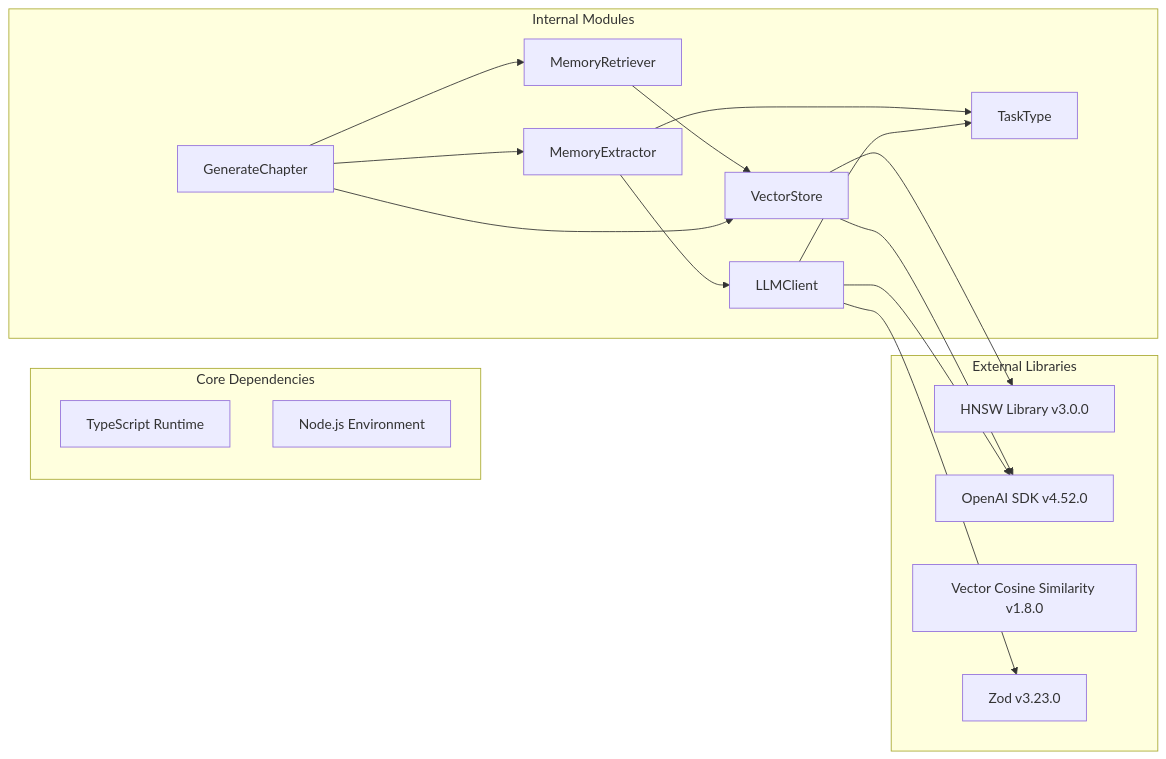
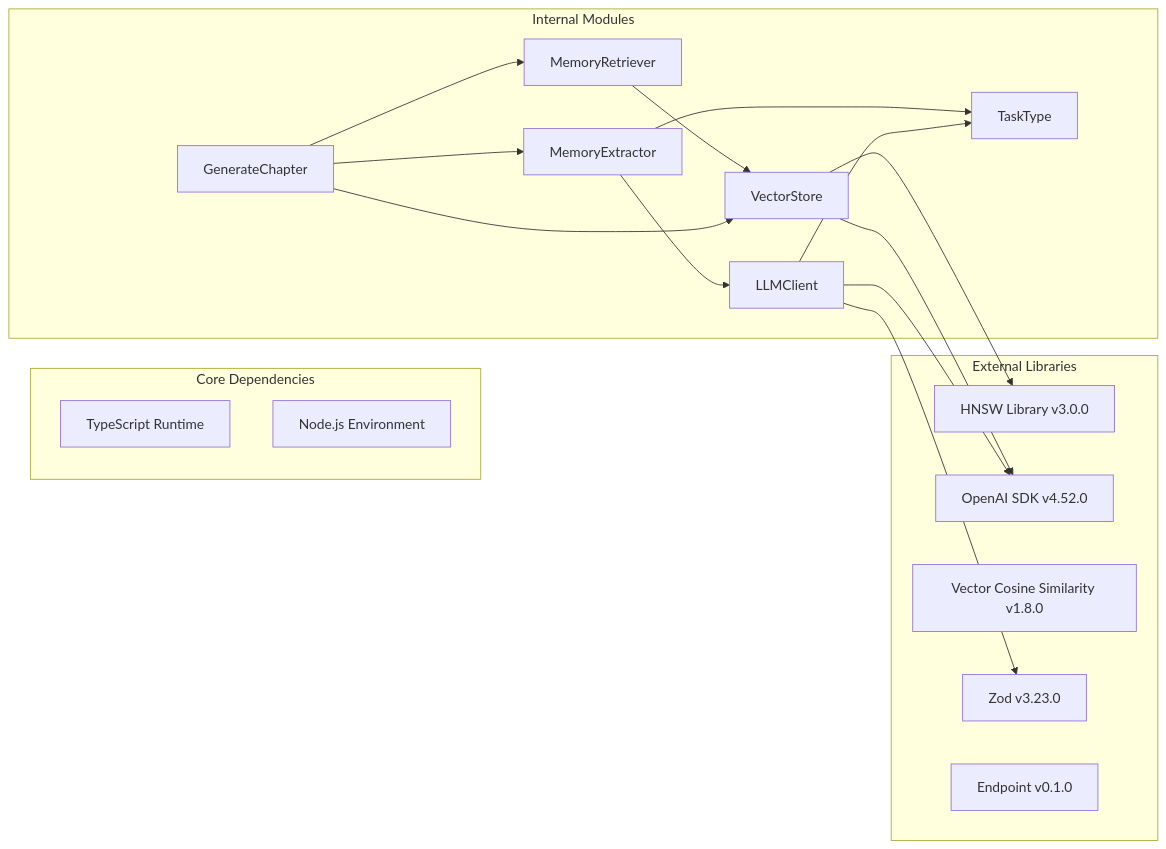
One commit to liwonder/NARRITIVE_OS changed the ninth of 9 diagrams in .qoder/repowiki/en/content/AI Agent System/Memory Extractor Agent.md. Above: the diagram before and after it, drawn with Mermaid. The commit also changed other lines of this file and 78 other files, not shown here.

````diff
--- a/.qoder/repowiki/en/content/AI Agent System/Memory Extractor Agent.md
+++ b/.qoder/repowiki/en/content/AI Agent System/Memory Extractor Agent.md
@@ -359,32 +417,33 @@
 ```mermaid
 graph LR
 subgraph "Core Dependencies"
 TS[TypeScript Runtime]
 NODE[Node.js Environment]
 end
 subgraph "External Libraries"
 HNSWLIB[HNSW Library v3.0.0]
 OPENAI[OpenAI SDK v4.52.0]
 VECTOR[Vector Cosine Similarity v1.8.0]
 ZOD[Zod v3.23.0]
+ENDPOINT[Endpoint v0.1.0]
 end
 subgraph "Internal Modules"
 ME[MemoryExtractor]
 VS[VectorStore]
 MR[MemoryRetriever]
 LLM[LLMClient]
 GEN[GenerateChapter]
 TT[TaskType]
 end
 ME --> LLM
 ME --> TT
 VS --> HNSWLIB
 VS --> OPENAI
 MR --> VS
 GEN --> ME
 GEN --> VS
 GEN --> MR
 LLM --> OPENAI
 LLM --> ZOD
 LLM --> TT
 ```
````
